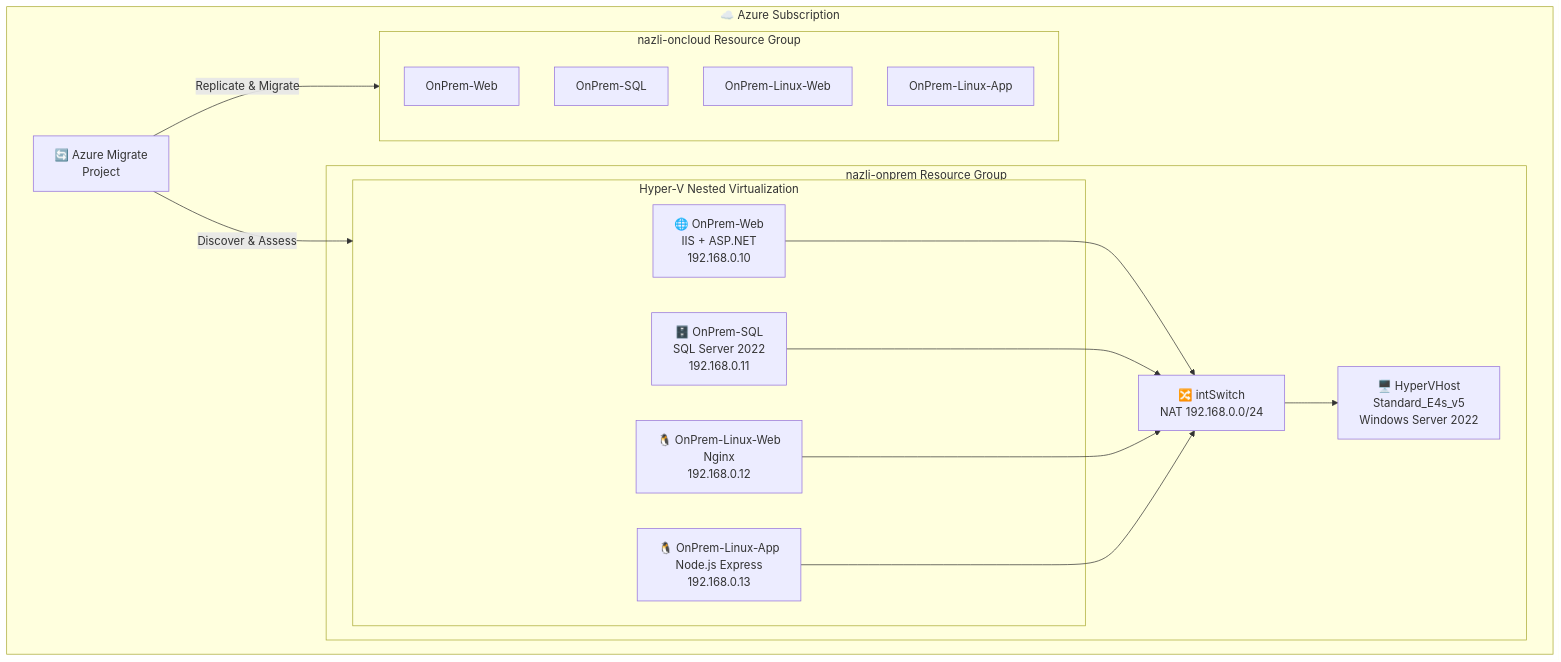
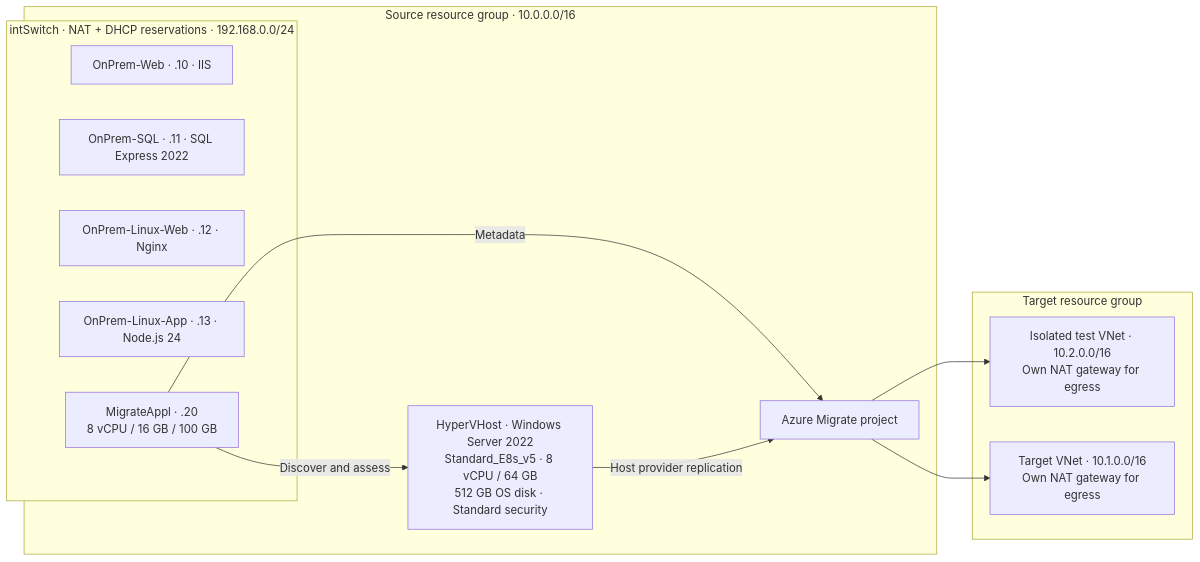
Before and after one commit to j33pguy/azure-migrate-workshop: the diagram in README.md, drawn with Mermaid. The commit also changed other lines of this file and 34 other files, not shown here.

````diff
--- a/README.md
+++ b/README.md
@@ -69,27 +25,23 @@
 ```mermaid
-graph TB
-    subgraph Azure["☁️ Azure Subscription"]
-        subgraph OnPrem["nazli-onprem Resource Group"]
-            HostVM["🖥️ HyperVHost<br/>Standard_E4s_v5<br/>Windows Server 2022"]
-            subgraph HyperV["Hyper-V Nested Virtualization"]
-                VM1["🌐 OnPrem-Web<br/>IIS + ASP.NET<br/>192.168.0.10"]
-                VM2["🗄️ OnPrem-SQL<br/>SQL Server 2022<br/>192.168.0.11"]
-                VM3["🐧 OnPrem-Linux-Web<br/>Nginx<br/>192.168.0.12"]
-                VM4["🐧 OnPrem-Linux-App<br/>Node.js Express<br/>192.168.0.13"]
-            end
-            Switch["🔀 intSwitch<br/>NAT 192.168.0.0/24"]
-        end
-        subgraph OnCloud["nazli-oncloud Resource Group"]
-            MigratedVM1["OnPrem-Web"]
-            MigratedVM2["OnPrem-SQL"]
-            MigratedVM3["OnPrem-Linux-Web"]
-            MigratedVM4["OnPrem-Linux-App"]
-        end
-        MigrateProject["🔄 Azure Migrate<br/>Project"]
+flowchart LR
+  subgraph Source["Source resource group · 10.0.0.0/16"]
+    Host["HyperVHost · Windows Server 2022\nStandard_E8s_v5 · 8 vCPU / 64 GB\n512 GB OS disk · Standard security"]
+    subgraph Nested["intSwitch · NAT + DHCP reservations · 192.168.0.0/24"]
+      IIS["OnPrem-Web · .10 · IIS"]
+      SQL["OnPrem-SQL · .11 · SQL Express 2022"]
+      Nginx["OnPrem-Linux-Web · .12 · Nginx"]
+      App["OnPrem-Linux-App · .13 · Node.js 24"]
+      Appliance["MigrateAppl · .20\n8 vCPU / 16 GB / 100 GB"]
     end
-
-    VM1 & VM2 & VM3 & VM4 --> Switch
-    Switch --> HostVM
-    MigrateProject -->|"Discover & Assess"| HyperV
-    MigrateProject -->|"Replicate & Migrate"| OnCloud
+    Project["Azure Migrate project"]
+    Appliance -->|Discover and assess| Host
+    Appliance -->|Metadata| Project
+  end
+  subgraph Destination["Target resource group"]
+    Test["Isolated test VNet · 10.2.0.0/16\nOwn NAT gateway for egress"]
+    Target["Target VNet · 10.1.0.0/16\nOwn NAT gateway for egress"]
+  end
+  Host -->|Host provider replication| Project
+  Project --> Test
+  Project --> Target
 ```
````
